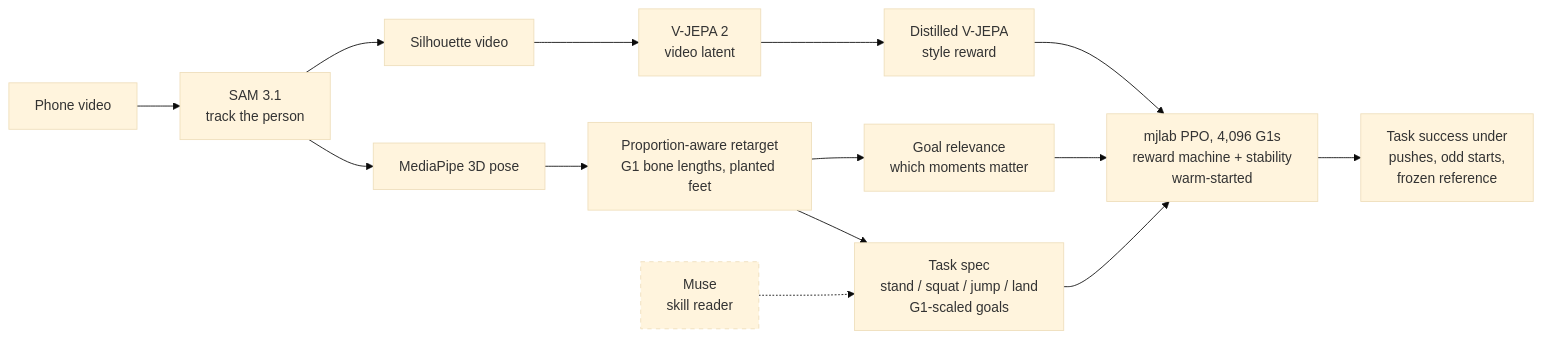
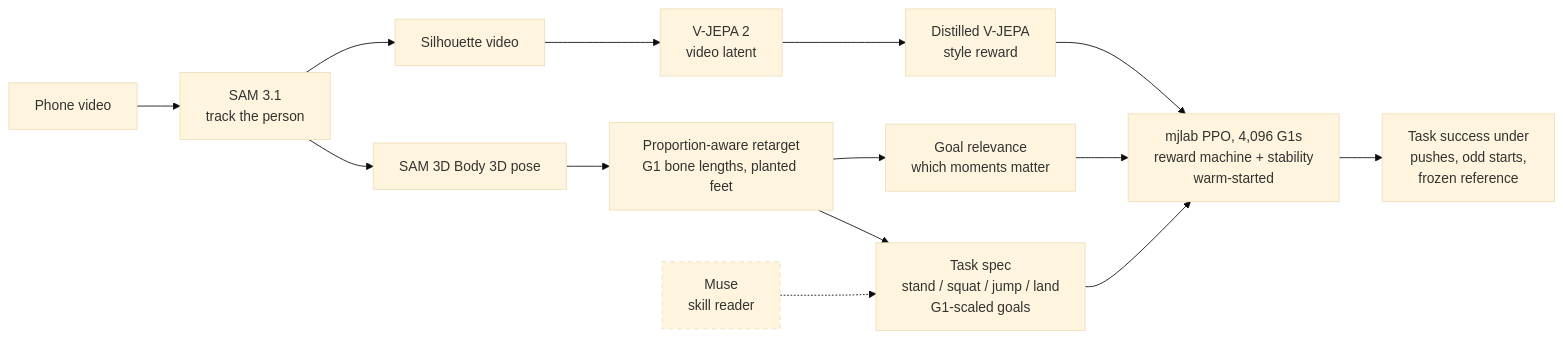
One commit to PandaGrdn/athlete2humanoid changed the diagram in README.md. Above: the diagram before and after it, drawn with Mermaid (base theme). The commit also changed other lines of this file and 14 other files, not shown here.

First line of the commit message:
SAM 3D Body as the pipeline's 3D pose front end, MediaPipe as the fallback

````diff
--- a/README.md
+++ b/README.md
@@ -17,16 +17,16 @@
 ```mermaid
 flowchart LR
     V[Phone video] --> SAM[SAM 3.1<br/>track the person]
-    SAM --> POSE[MediaPipe 3D pose]
+    SAM --> POSE[SAM 3D Body 3D pose]
     POSE --> IK[Proportion-aware retarget<br/>G1 bone lengths, planted feet]
     SAM --> SIL[Silhouette video] --> VJ[V-JEPA 2<br/>video latent]
     MUSE[Muse<br/>skill reader]:::wip -.-> SPEC
     IK --> SPEC[Task spec<br/>stand / squat / jump / land<br/>G1-scaled goals]
     IK --> IMP[Goal relevance<br/>which moments matter]
     VJ --> NET[Distilled V-JEPA<br/>style reward]
     SPEC --> RL[mjlab PPO, 4,096 G1s<br/>reward machine + stability<br/>warm-started]
     NET --> RL
     IMP --> RL
     RL --> EVAL[Task success under<br/>pushes, odd starts,<br/>frozen reference]
     classDef wip stroke-dasharray: 5 5
 ```
````
